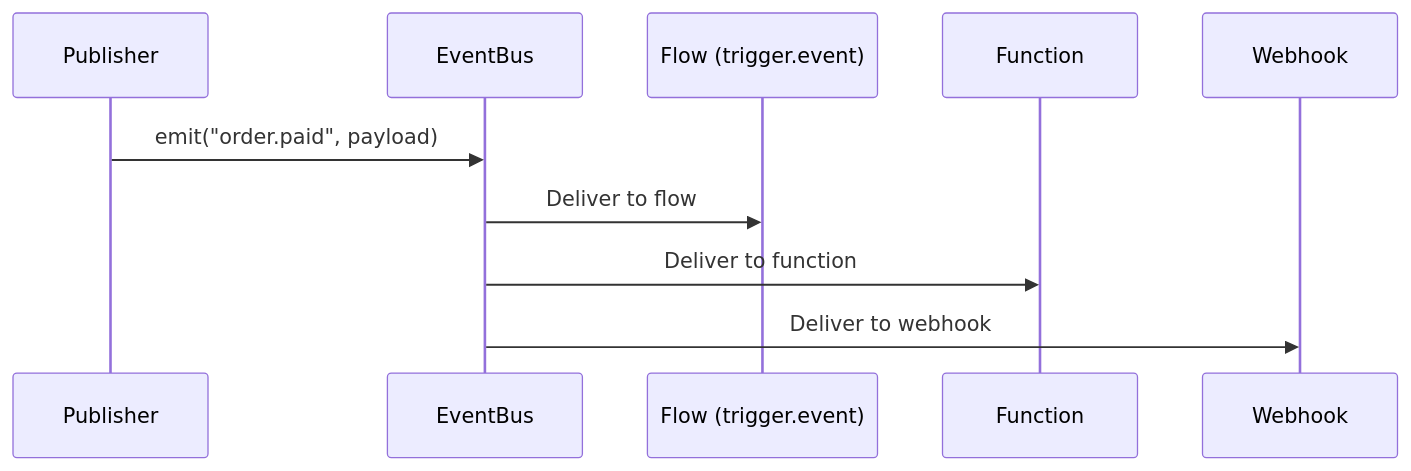
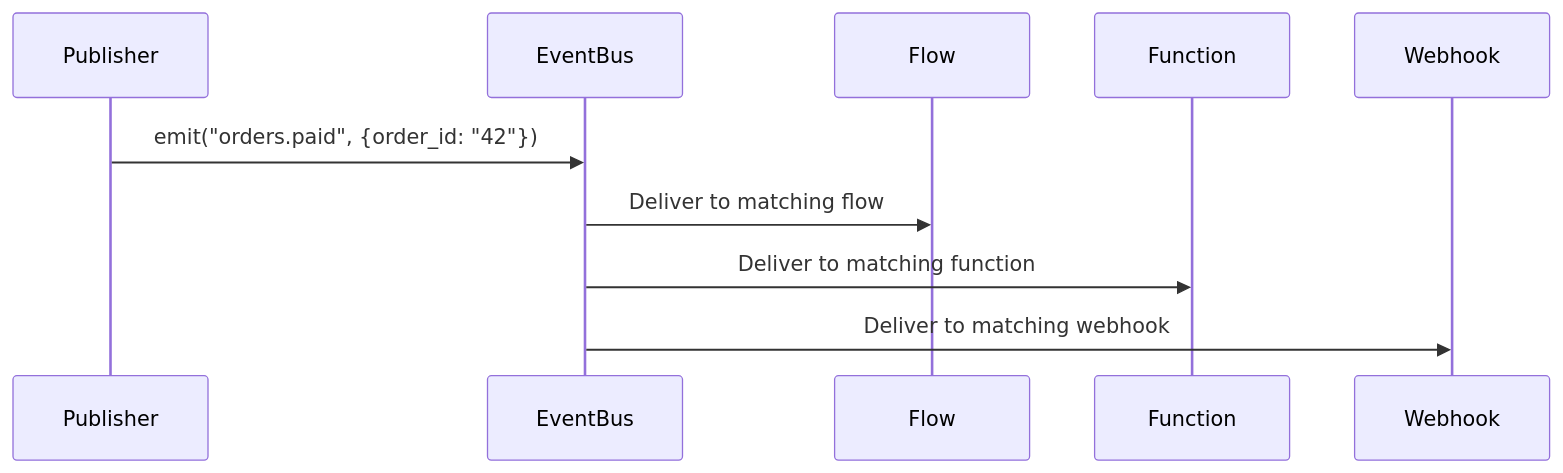
Before and after one commit to sillohq/pawabase: the first of 3 diagrams in apps/docs/events/overview.mdx, drawn with Mermaid. The commit also changed other lines of this file and 44 other files, not shown here.

````diff
--- a/apps/docs/events/overview.mdx
+++ b/apps/docs/events/overview.mdx
@@ -19,12 +30,12 @@
 ```mermaid
 sequenceDiagram
     participant Publisher
     participant EventBus
-    participant Subscriber1 as Flow (trigger.event)
+    participant Subscriber1 as Flow
     participant Subscriber2 as Function
     participant Subscriber3 as Webhook
-    Publisher->>EventBus: emit("order.paid", payload)
-    EventBus->>Subscriber1: Deliver to flow
-    EventBus->>Subscriber2: Deliver to function
-    EventBus->>Subscriber3: Deliver to webhook
+    Publisher->>EventBus: emit("orders.paid", {order_id: "42"})
+    EventBus->>Subscriber1: Deliver to matching flow
+    EventBus->>Subscriber2: Deliver to matching function
+    EventBus->>Subscriber3: Deliver to matching webhook
 ```
````
